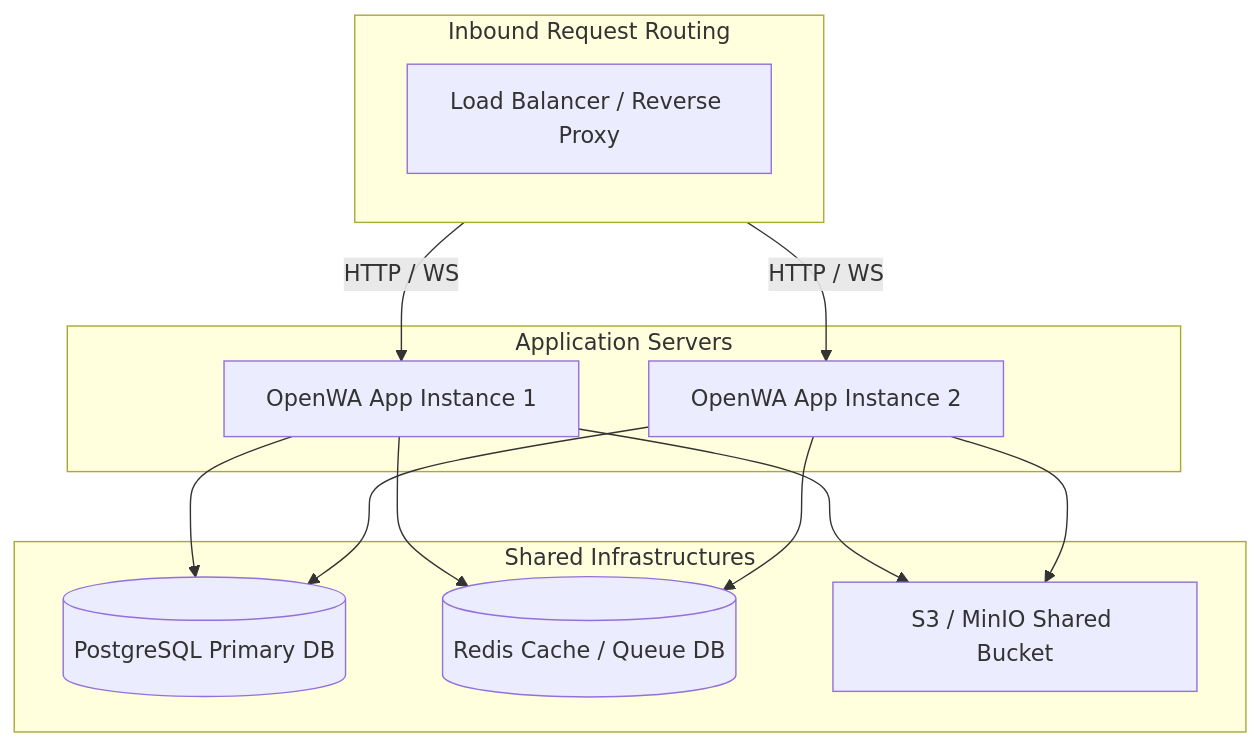
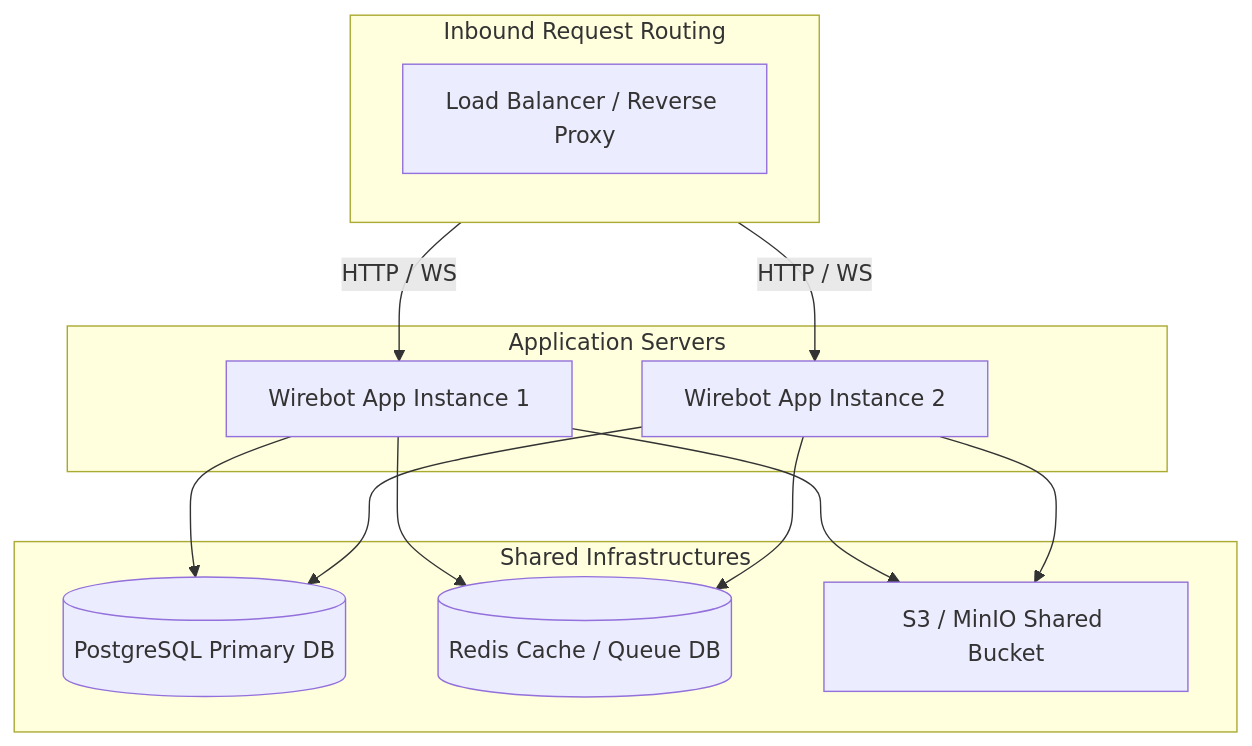
Before and after one commit to Octapus-systems/whatsapp_Dashboard: the fourth of 4 diagrams in project_architecture_document.md, drawn with Mermaid. The commit also changed other lines of this file and 86 other files, not shown here.

Commit message:
chore: rebrand OpenWA to Wirebot, attribute to Jishad

````diff
--- a/project_architecture_document.md
+++ b/project_architecture_document.md
@@ -499,28 +499,28 @@
 ```mermaid
 flowchart TB
     subgraph Traffic["Inbound Request Routing"]
         LB[Load Balancer / Reverse Proxy]
     end
     
     subgraph Nodes["Application Servers"]
-        API1[OpenWA App Instance 1]
-        API2[OpenWA App Instance 2]
+        API1[Wirebot App Instance 1]
+        API2[Wirebot App Instance 2]
     end
     
     subgraph Shared["Shared Infrastructures"]
         DB[(PostgreSQL Primary DB)]
         REDIS[(Redis Cache / Queue DB)]
         S3[S3 / MinIO Shared Bucket]
     end
     
     Traffic -->|HTTP / WS| API1
     Traffic -->|HTTP / WS| API2
     
     API1 --> DB
     API1 --> REDIS
     API1 --> S3
     
     API2 --> DB
     API2 --> REDIS
     API2 --> S3
 ```
````
